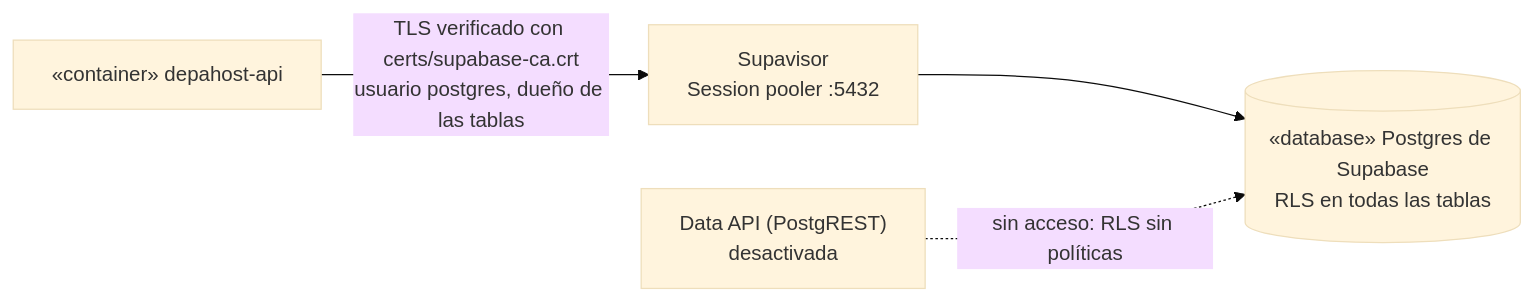
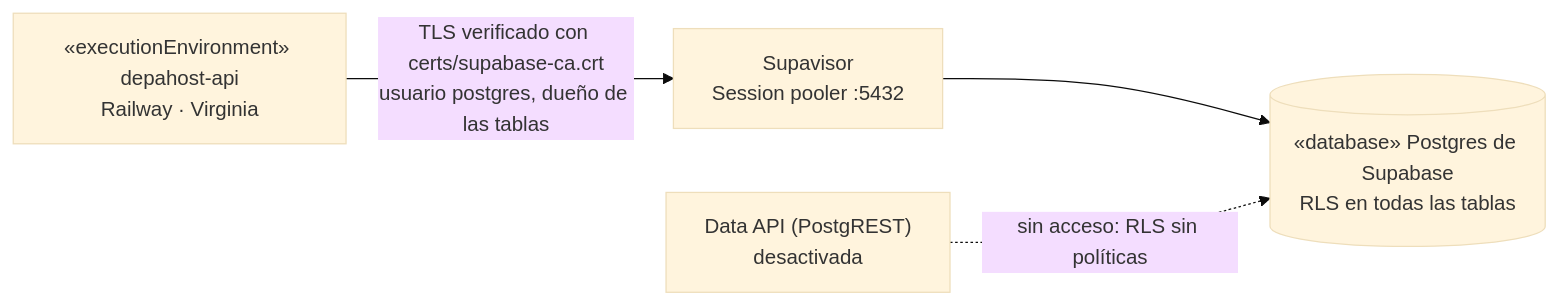
One commit to samirharrytl/DHC_landing changed the sixth of 6 diagrams in docs/plataforma/06-desarrollo-y-operacion.md. Above: the diagram before and after it, drawn with Mermaid (base theme). The commit also changed other lines of this file and 4 other files, not shown here.

First line of the commit message:
Configura Cloudflare Pages para el sitio y el panel, y Railway para el API

````diff
--- a/docs/plataforma/06-desarrollo-y-operacion.md
+++ b/docs/plataforma/06-desarrollo-y-operacion.md
@@ -450,10 +523,10 @@
 ```mermaid
 flowchart LR
-    API["«container» depahost-api"]
+    API["«executionEnvironment» depahost-api<br/>Railway · Virginia"]
     POOL["Supavisor<br/>Session pooler :5432"]
     DB[("«database» Postgres de Supabase<br/>RLS en todas las tablas")]
     REST["Data API (PostgREST)<br/>desactivada"]
     API -- "TLS verificado con certs/supabase-ca.crt<br/>usuario postgres, dueño de las tablas" --> POOL
     POOL --> DB
     REST -. "sin acceso: RLS sin políticas" .-> DB
 ```
````
